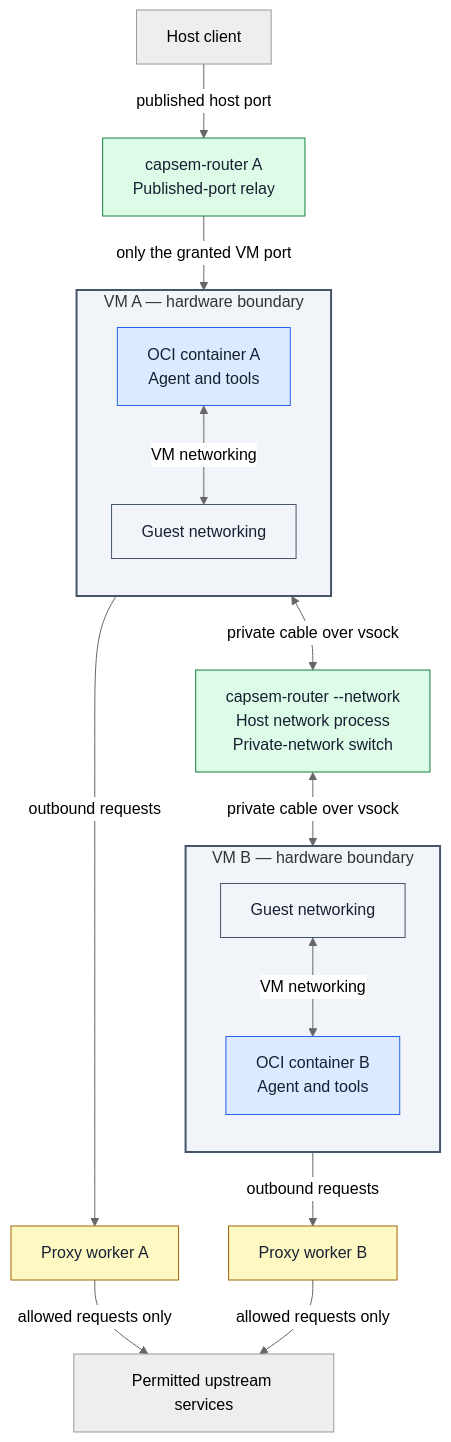
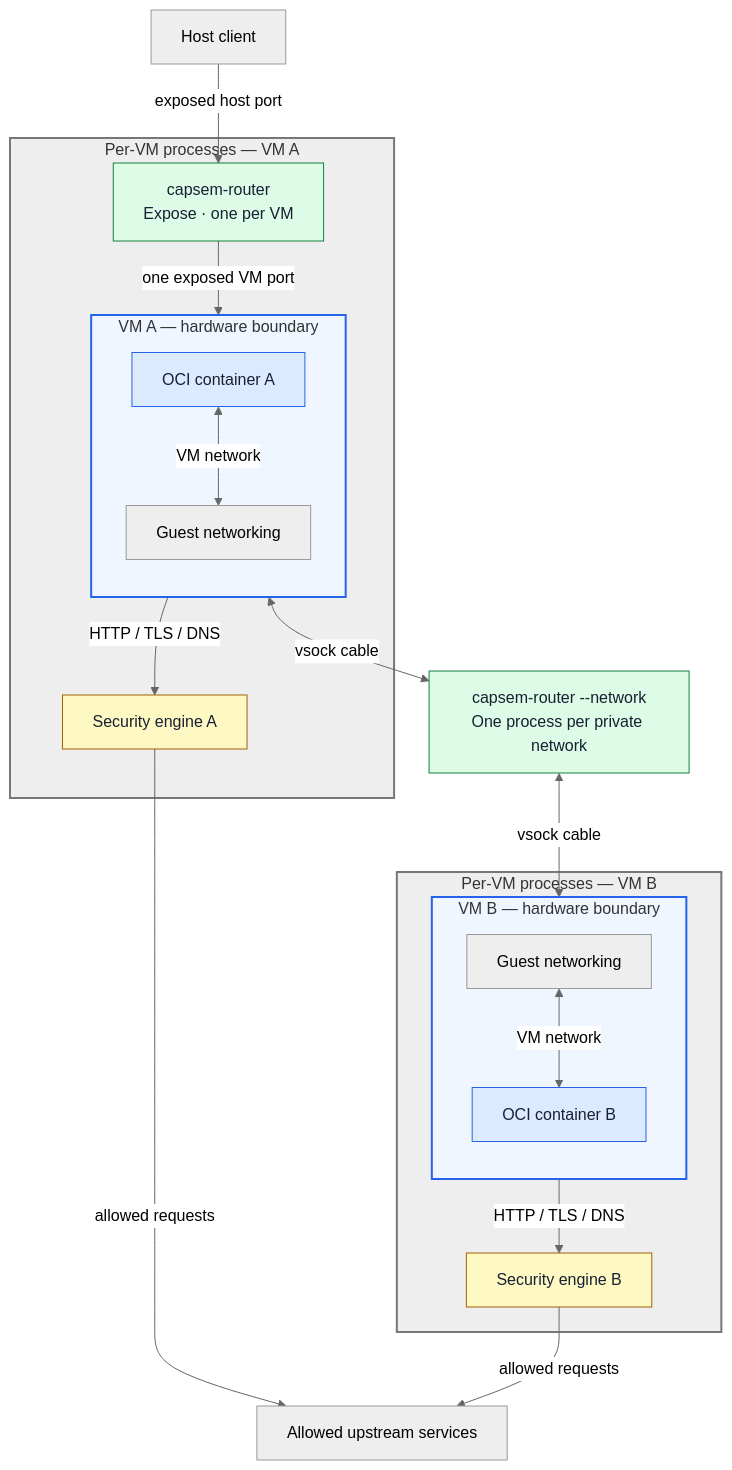
Before and after one commit to google/capsem: the second of 2 diagrams in web/docs/src/content/docs/architecture/security.md, drawn with Mermaid. The commit also changed other lines of this file and 3 other files, not shown here.

Commit message:
docs(security): show process ownership and concrete sandbox rules

````diff
--- a/web/docs/src/content/docs/architecture/security.md
+++ b/web/docs/src/content/docs/architecture/security.md
@@ -149,42 +70,48 @@
 ```mermaid
 %%{init: {"theme": "neutral"}}%%
 flowchart TB
   host["Host client"]
-  relay["capsem-router A<br/>Published-port relay"]
-  subgraph a["VM A — hardware boundary"]
-    direction TB
-    containerA["OCI container A<br/>Agent and tools"]
-    guestA["Guest networking"]
-    containerA <-->|"VM networking"| guestA
+
+  subgraph perA["Per-VM processes — VM A"]
+    exposeA["capsem-router<br/>Expose · one per VM"]
+    subgraph vmA["VM A — hardware boundary"]
+      direction TB
+      containerA["OCI container A"]
+      guestA["Guest networking"]
+      containerA <-->|VM network| guestA
+    end
+    engineA["Security engine A"]
+    exposeA -->|one exposed VM port| guestA
+    guestA -->|HTTP / TLS / DNS| engineA
   end
-  switch["capsem-router --network<br/>Host network process<br/>Private-network switch"]
-  subgraph b["VM B — hardware boundary"]
-    direction TB
-    guestB["Guest networking"]
-    containerB["OCI container B<br/>Agent and tools"]
-    guestB <-->|"VM networking"| containerB
+
+  network["capsem-router --network<br/>One process per private network"]
+
+  subgraph perB["Per-VM processes — VM B"]
+    subgraph vmB["VM B — hardware boundary"]
+      direction TB
+      guestB["Guest networking"]
+      containerB["OCI container B"]
+      guestB <-->|VM network| containerB
+    end
+    engineB["Security engine B"]
+    guestB -->|HTTP / TLS / DNS| engineB
   end
-  proxyA["Proxy worker A"]
-  proxyB["Proxy worker B"]
-  upstream["Permitted upstream services"]
 
-  host -->|"published host port"| relay
-  relay -->|"only the granted VM port"| guestA
-  guestA <-->|"private cable over vsock"| switch
-  switch <-->|"private cable over vsock"| guestB
-  guestA -->|"outbound requests"| proxyA
-  guestB -->|"outbound requests"| proxyB
-  proxyA -->|"allowed requests only"| upstream
-  proxyB -->|"allowed requests only"| upstream
+  host -->|exposed host port| exposeA
+  guestA <-->|vsock cable| network
+  network <-->|vsock cable| guestB
+  engineA -->|allowed requests| upstream["Allowed upstream services"]
+  engineB -->|allowed requests| upstream
 
   classDef scoped fill:#fef9c3,stroke:#a16207,color:#172033
   classDef minimal fill:#dcfce7,stroke:#15803d,color:#172033
-  classDef hardware fill:#f1f5f9,stroke:#475569,color:#172033
   classDef guest fill:#dbeafe,stroke:#2563eb,color:#172033
-  class proxyA,proxyB scoped
-  class relay,switch minimal
+  class engineA,engineB scoped
+  class exposeA,network minimal
   class containerA,containerB guest
-  class guestA,guestB hardware
-  style a fill:#f1f5f9,stroke:#475569,stroke-width:2px
-  style b fill:#f1f5f9,stroke:#475569,stroke-width:2px
+  style perA fill:#eeeeee,stroke:#777777,stroke-width:2px
+  style perB fill:#eeeeee,stroke:#777777,stroke-width:2px
+  style vmA fill:#eff6ff,stroke:#2563eb,stroke-width:2px
+  style vmB fill:#eff6ff,stroke:#2563eb,stroke-width:2px
 ```
````
